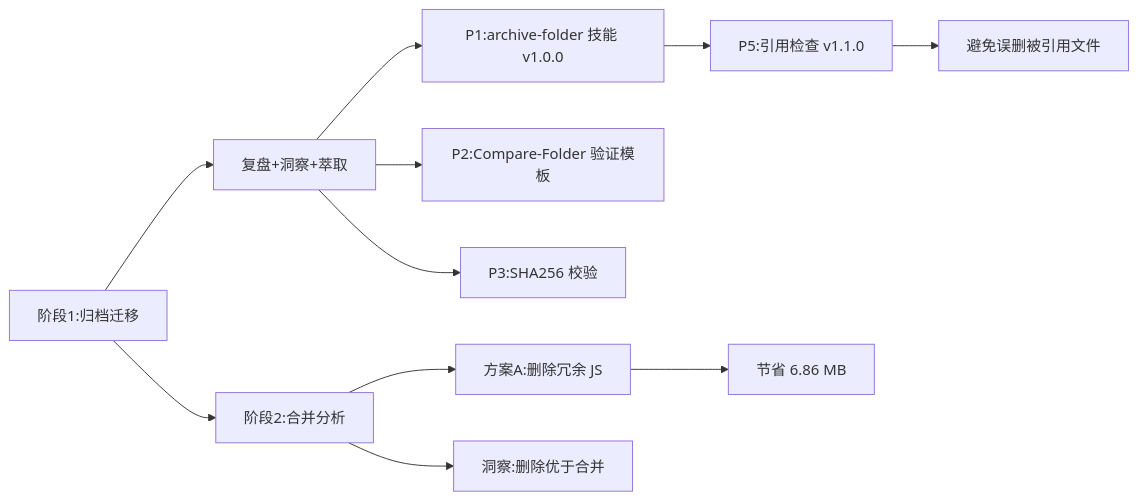
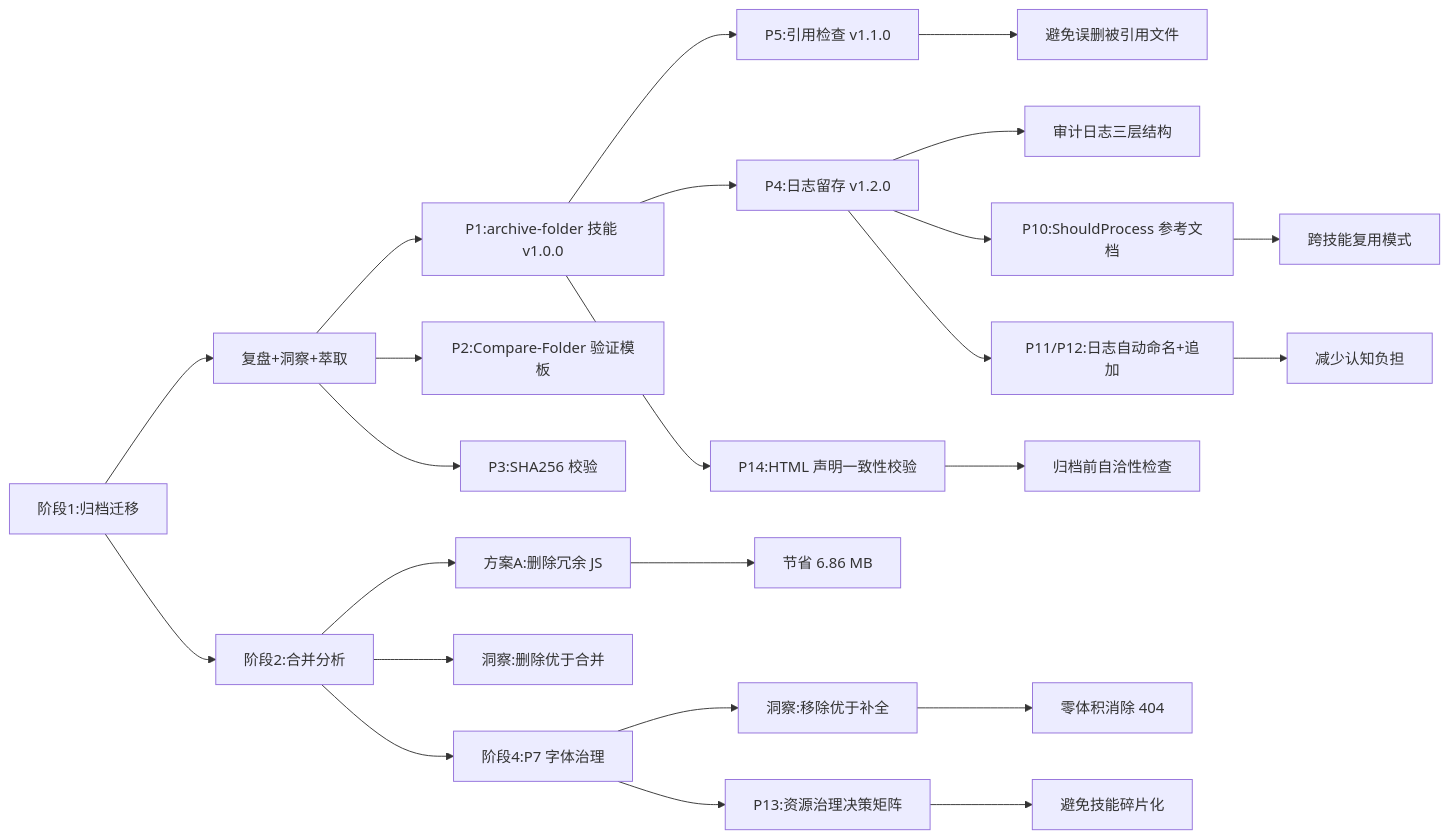
The second of 2 diagrams in apps/chaos/docs/tech/task-summary-archive-and-cleanup-20260622.md (xinetzone/tao), drawn with Mermaid before and after one commit. The commit also changed other lines of this file, not shown here.

````diff
--- a/apps/chaos/docs/tech/task-summary-archive-and-cleanup-20260622.md
+++ b/apps/chaos/docs/tech/task-summary-archive-and-cleanup-20260622.md
@@ -381,13 +798,26 @@
 ```mermaid
 flowchart LR
     A[阶段1:归档迁移] --> B[复盘+洞察+萃取]
     B --> C[P1:archive-folder 技能 v1.0.0]
     B --> D[P2:Compare-Folder 验证模板]
     B --> E[P3:SHA256 校验]
     A --> F[阶段2:合并分析]
     F --> G[方案A:删除冗余 JS]
     G --> H[节省 6.86 MB]
     F --> I[洞察:删除优于合并]
     C --> J[P5:引用检查 v1.1.0]
     J --> K[避免误删被引用文件]
+    C --> L[P4:日志留存 v1.2.0]
+    L --> M[审计日志三层结构]
+    F --> N[阶段4:P7 字体治理]
+    N --> O[洞察:移除优于补全]
+    O --> P[零体积消除 404]
+    L --> Q[P10:ShouldProcess 参考文档]
+    Q --> R[跨技能复用模式]
+    L --> S[P11/P12:日志自动命名+追加]
+    S --> T[减少认知负担]
+    N --> U[P13:资源治理决策矩阵]
+    U --> V[避免技能碎片化]
+    C --> W[P14:HTML 声明一致性校验]
+    W --> X[归档前自洽性检查]
 ```
````
